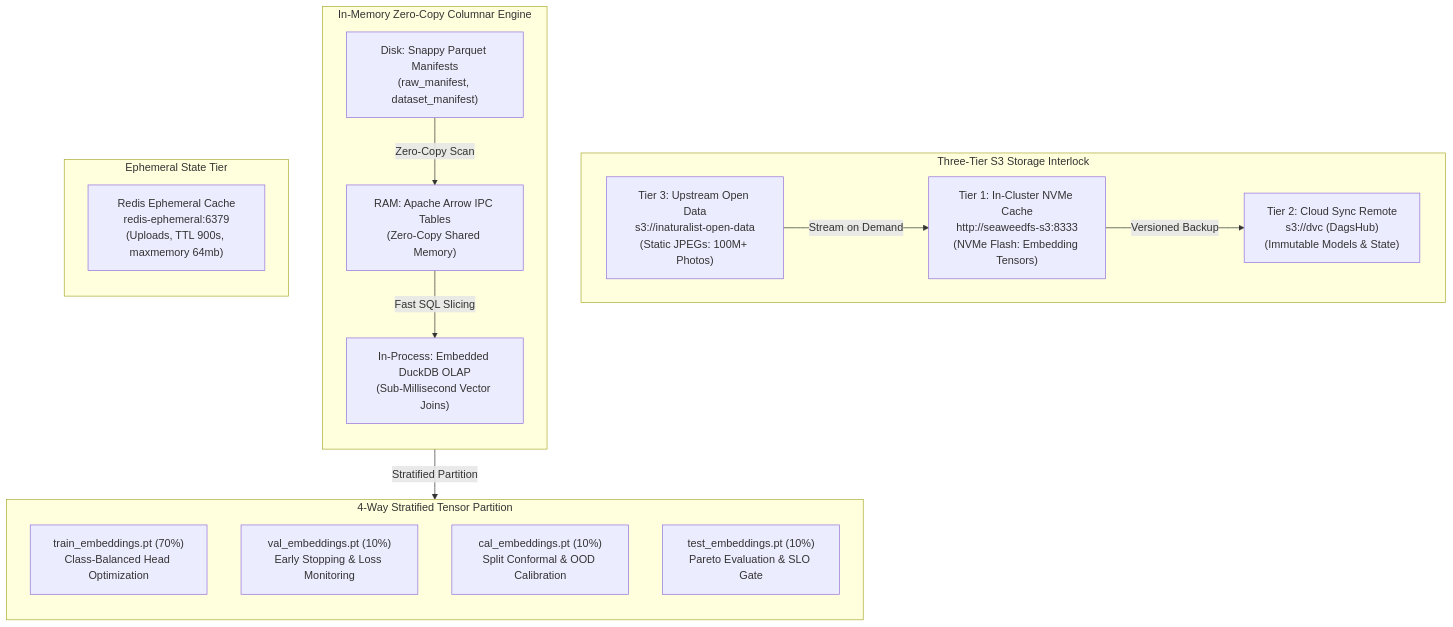
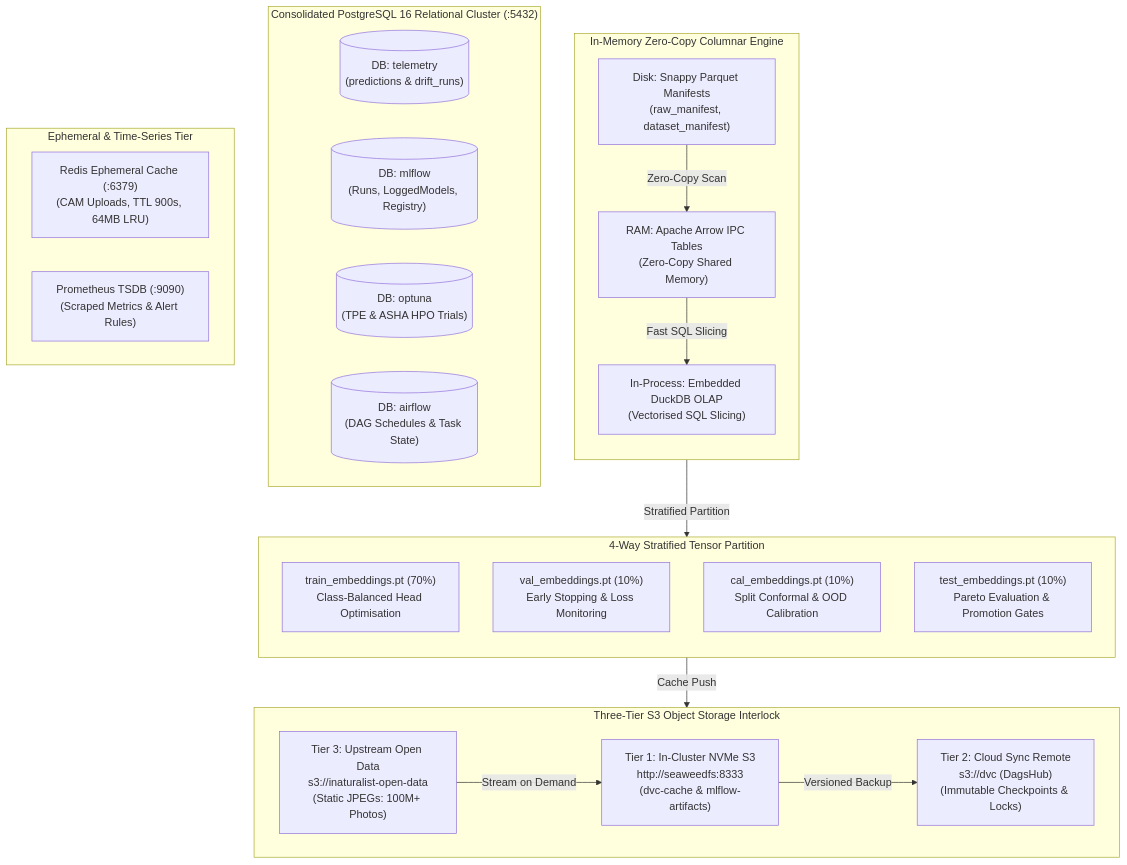
The first of 3 diagrams in docs/mlops_pipeline/storage_and_databases.md (foersben/taxon-vision-mlops), drawn with Mermaid before and after one commit. The commit also changed other lines of this file and 26 other files, not shown here.

Commit message:
docs(zensical): document closed-loop MLOps, MLflow 3, drift orchestration, security, and staging

````diff
--- a/docs/mlops_pipeline/storage_and_databases.md
+++ b/docs/mlops_pipeline/storage_and_databases.md
@@ -17,36 +33,46 @@
 ```mermaid
 flowchart TD
-    subgraph S3Interlock["Three-Tier S3 Storage Interlock"]
+    subgraph S3Interlock["Three-Tier S3 Object Storage Interlock"]
         direction LR
         S3Upstream["Tier 3: Upstream Open Data<br/>s3://inaturalist-open-data<br/>(Static JPEGs: 100M+ Photos)"]
-        S3Edge["Tier 1: In-Cluster NVMe Cache<br/>http://seaweedfs-s3:8333<br/>(NVMe Flash: Embedding Tensors)"]
-        S3Cloud["Tier 2: Cloud Sync Remote<br/>s3://dvc (DagsHub)<br/>(Immutable Models & State)"]
+        S3Edge["Tier 1: In-Cluster NVMe S3<br/>http://seaweedfs:8333<br/>(dvc-cache & mlflow-artifacts)"]
+        S3Cloud["Tier 2: Cloud Sync Remote<br/>s3://dvc (DagsHub)<br/>(Immutable Checkpoints & Locks)"]
     end
 
     subgraph ColumnarEngine["In-Memory Zero-Copy Columnar Engine"]
         direction TB
         ParquetDisk["Disk: Snappy Parquet Manifests<br/>(raw_manifest, dataset_manifest)"]
         ArrowIPC["RAM: Apache Arrow IPC Tables<br/>(Zero-Copy Shared Memory)"]
-        DuckDBQuery["In-Process: Embedded DuckDB OLAP<br/>(Sub-Millisecond Vector Joins)"]
+        DuckDBQuery["In-Process: Embedded DuckDB OLAP<br/>(Vectorised SQL Slicing)"]
     end
 
     subgraph TensorSplits["4-Way Stratified Tensor Partition"]
         direction TB
-        TrainT["train_embeddings.pt (70%)<br/>Class-Balanced Head Optimization"]
+        TrainT["train_embeddings.pt (70%)<br/>Class-Balanced Head Optimisation"]
         ValT["val_embeddings.pt (10%)<br/>Early Stopping & Loss Monitoring"]
         CalT["cal_embeddings.pt (10%)<br/>Split Conformal & OOD Calibration"]
-        TestT["test_embeddings.pt (10%)<br/>Pareto Evaluation & SLO Gate"]
+        TestT["test_embeddings.pt (10%)<br/>Pareto Evaluation & Promotion Gates"]
     end
 
-    subgraph EphemeralTier["Ephemeral State Tier"]
-        direction TB
-        RedisNode["Redis Ephemeral Cache<br/>redis-ephemeral:6379<br/>(Uploads, TTL 900s, maxmemory 64mb)"]
+    subgraph RelationalCluster["Consolidated PostgreSQL 16 Relational Cluster (:5432)"]
+        direction LR
+        PGTelemetry[("DB: telemetry<br/>(predictions & drift_runs)")]
+        PGMLflow[("DB: mlflow<br/>(Runs, LoggedModels, Registry)")]
+        PGOptuna[("DB: optuna<br/>(TPE & ASHA HPO Trials)")]
+        PGAirflow[("DB: airflow<br/>(DAG Schedules & Task State)")]
+    end
+
+    subgraph EphemeralTier["Ephemeral & Time-Series Tier"]
+        direction LR
+        RedisNode["Redis Ephemeral Cache (:6379)<br/>(CAM Uploads, TTL 900s, 64MB LRU)"]
+        PromTSDB["Prometheus TSDB (:9090)<br/>(Scraped Metrics & Alert Rules)"]
     end
 
     S3Upstream -->|Stream on Demand| S3Edge
     S3Edge -->|Versioned Backup| S3Cloud
 
     ParquetDisk -->|Zero-Copy Scan| ArrowIPC
     ArrowIPC -->|Fast SQL Slicing| DuckDBQuery
     DuckDBQuery -->|Stratified Partition| TensorSplits
+    TensorSplits -->|Cache Push| S3Edge
 ```
````
